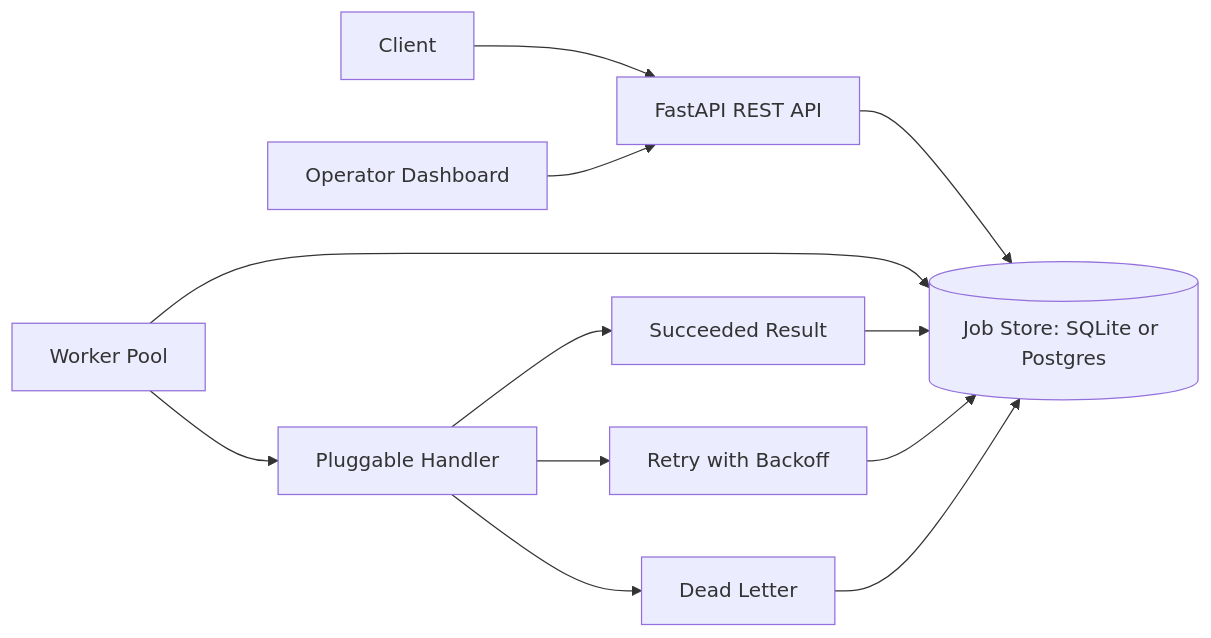
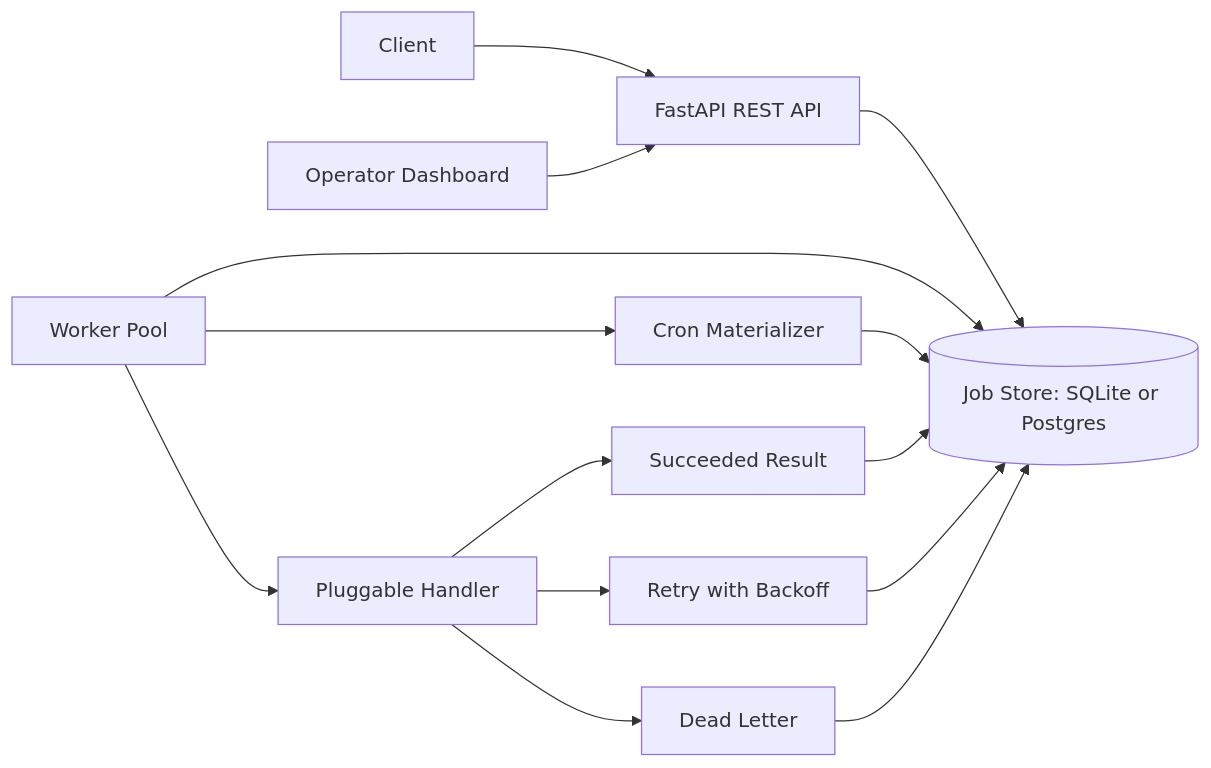
Before and after one commit to MarcHe124/digitalocean: the diagram in README.md, drawn with Mermaid. The commit also changed other lines of this file and 18 other files, not shown here.

````diff
--- a/README.md
+++ b/README.md
@@ -18,14 +19,16 @@
 ```mermaid
 flowchart LR
     Client[Client] --> API[FastAPI REST API]
     API --> Store[(Job Store: SQLite or Postgres)]
     Worker[Worker Pool] --> Store
+    Worker --> Scheduler[Cron Materializer]
+    Scheduler --> Store
     Worker --> Handler[Pluggable Handler]
     Handler --> Success[Succeeded Result]
     Handler --> Retry[Retry with Backoff]
     Handler --> DLQ[Dead Letter]
     Success --> Store
     Retry --> Store
     DLQ --> Store
     Dashboard[Operator Dashboard] --> API
 ```
````
